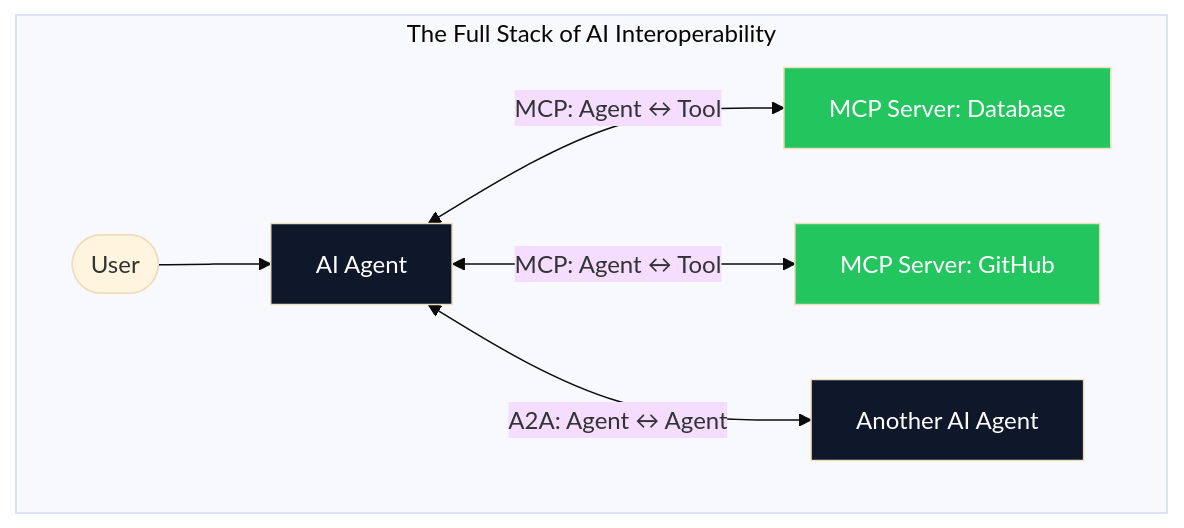
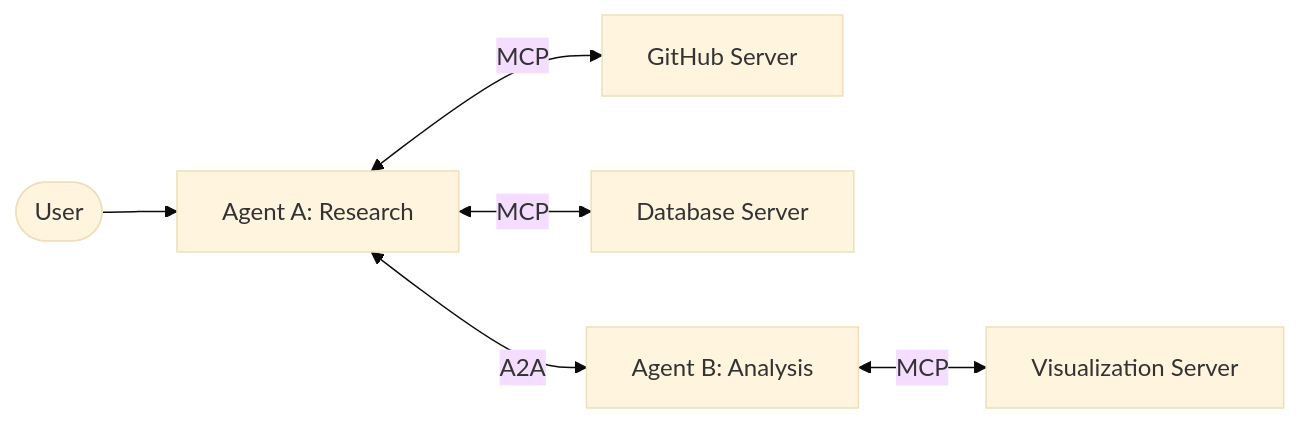
The diagram in MCP/07-ecosystem.md (YoussefAshraf711/Wiki), drawn with Mermaid (base theme) before and after one commit. The commit also changed other lines of this file and 6 other files, not shown here.

````diff
--- a/MCP/07-ecosystem.md
+++ b/MCP/07-ecosystem.md
@@ -32,14 +78,8 @@
 ```mermaid
-graph TD
-    subgraph "The Full Stack of AI Interoperability"
-        User([User]) --> Agent[AI Agent]
-        Agent <-->|MCP: Agent ↔ Tool| Tool1[MCP Server: Database]
-        Agent <-->|MCP: Agent ↔ Tool| Tool2[MCP Server: GitHub]
-        Agent <-->|A2A: Agent ↔ Agent| Agent2[Another AI Agent]
-    end
-    
-    style Agent fill:#0F172A,color:#fff
-    style Agent2 fill:#0F172A,color:#fff
-    style Tool1 fill:#22c55e,color:#fff
-    style Tool2 fill:#22c55e,color:#fff
+graph LR
+    User([User]) --> AgentA[Agent A: Research]
+    AgentA <-->|MCP| Tool1[GitHub Server]
+    AgentA <-->|MCP| Tool2[Database Server]
+    AgentA <-->|A2A| AgentB[Agent B: Analysis]
+    AgentB <-->|MCP| Tool3[Visualization Server]
 ```
````
